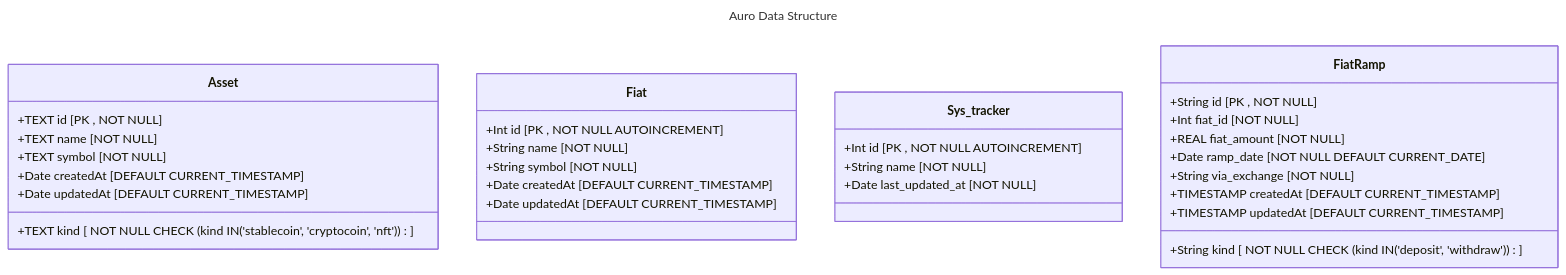
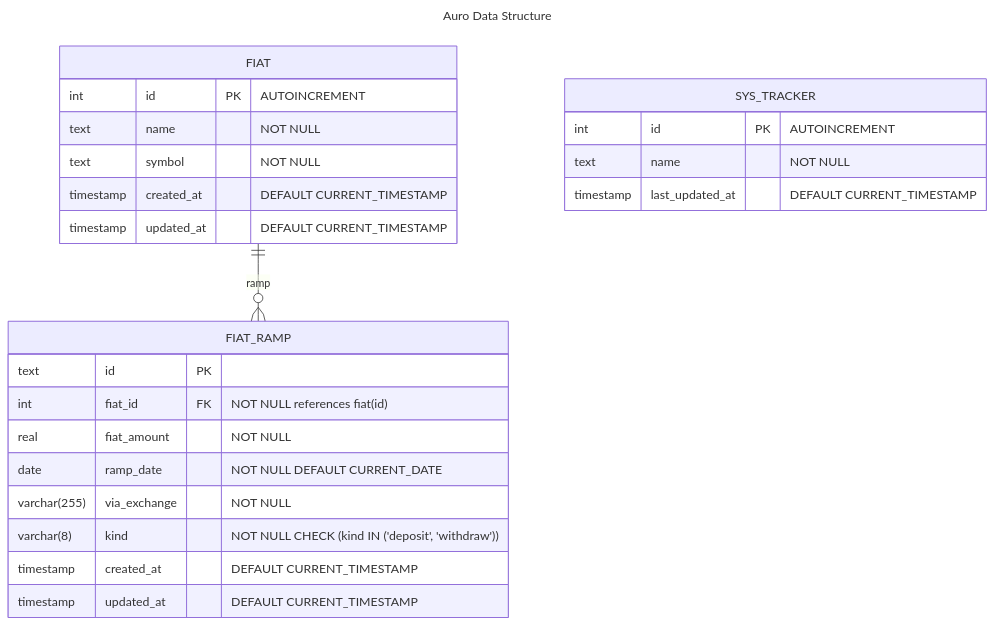
One commit to darwinsubramaniam/aura changed the diagram in docs/data-structure.mmd. Above: the diagram before and after it, drawn with Mermaid. The commit also changed other lines of this file and 2 other files, not shown here.

Commit message:
doc: add fiat ramp sequence

```diff
--- a/docs/data-structure.mmd
+++ b/docs/data-structure.mmd
@@ -1,30 +1,29 @@
 ---
 title: Auro Data Structure
 ---
-classDiagram
-    class Asset
-    Asset : +TEXT id [PK , NOT NULL]
-    Asset : +TEXT name [NOT NULL]
-    Asset : +TEXT symbol [NOT NULL]
-    Asset : +TEXT kind [ NOT NULL CHECK (kind IN ('stablecoin', 'cryptocoin', 'nft')) ] 
-    Asset : +Date createdAt [DEFAULT CURRENT_TIMESTAMP]
-    Asset : +Date updatedAt [DEFAULT CURRENT_TIMESTAMP]
-    class Fiat
-    Fiat : +Int id [PK , NOT NULL AUTOINCREMENT]
-    Fiat : +String name [NOT NULL]
-    Fiat : +String symbol [NOT NULL]
-    Fiat : +Date createdAt [DEFAULT CURRENT_TIMESTAMP]
-    Fiat : +Date updatedAt [DEFAULT CURRENT_TIMESTAMP]
-    class Sys_tracker
-    Sys_tracker : +Int id [PK , NOT NULL AUTOINCREMENT]
-    Sys_tracker : +String name [NOT NULL]
-    Sys_tracker : +Date last_updated_at [NOT NULL]
-    class FiatRamp
-    FiatRamp : +String id [PK , NOT NULL]
-    FiatRamp : +Int fiat_id [NOT NULL]
-    FiatRamp : +REAL fiat_amount [NOT NULL]
-    FiatRamp : +Date ramp_date [NOT NULL DEFAULT CURRENT_DATE]
-    FiatRamp : +String via_exchange [NOT NULL]
-    FiatRamp : +String kind [ NOT NULL CHECK (kind IN ('deposit', 'withdraw')) ] 
-    FiatRamp : +TIMESTAMP createdAt [DEFAULT CURRENT_TIMESTAMP]
-    FiatRamp : +TIMESTAMP updatedAt [DEFAULT CURRENT_TIMESTAMP]
+erDiagram
+    FIAT {
+        int id PK "AUTOINCREMENT"
+        text name "NOT NULL"
+        text symbol "NOT NULL" 
+        timestamp created_at "DEFAULT CURRENT_TIMESTAMP"
+        timestamp updated_at "DEFAULT CURRENT_TIMESTAMP"
+    }
+    FIAT_RAMP{
+        text id PK
+        int fiat_id FK "NOT NULL references fiat(id)"
+        real fiat_amount "NOT NULL"
+        date ramp_date "NOT NULL DEFAULT CURRENT_DATE"
+        varchar(255) via_exchange "NOT NULL"
+        varchar(8) kind " NOT NULL CHECK (kind IN ('deposit', 'withdraw')) " 
+        timestamp created_at "DEFAULT CURRENT_TIMESTAMP"
+        timestamp updated_at "DEFAULT CURRENT_TIMESTAMP"
+    }
+
+    FIAT ||--o{ FIAT_RAMP : ramp
+
+    SYS_TRACKER {
+        int id PK "AUTOINCREMENT"
+        text name "NOT NULL"
+        timestamp last_updated_at "DEFAULT CURRENT_TIMESTAMP"
+    }
```
